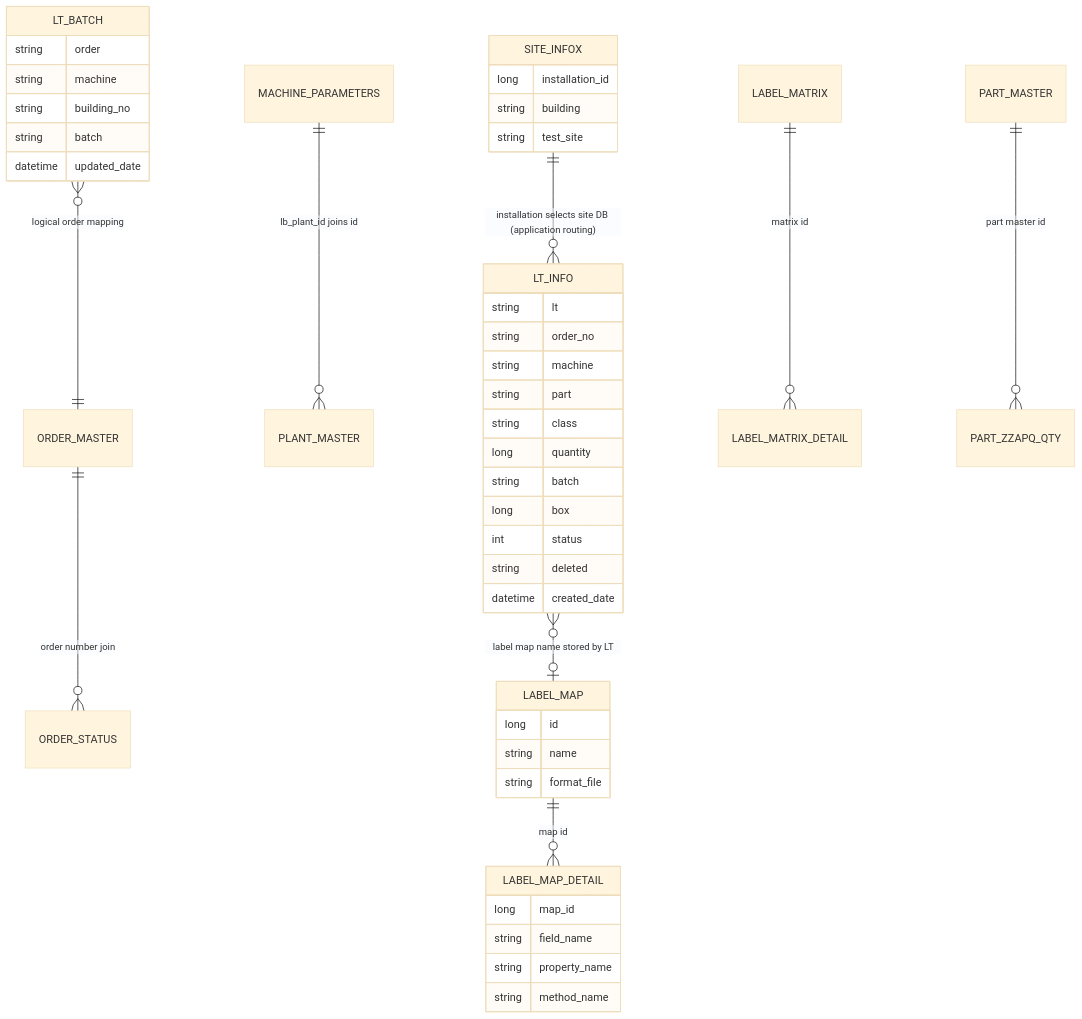
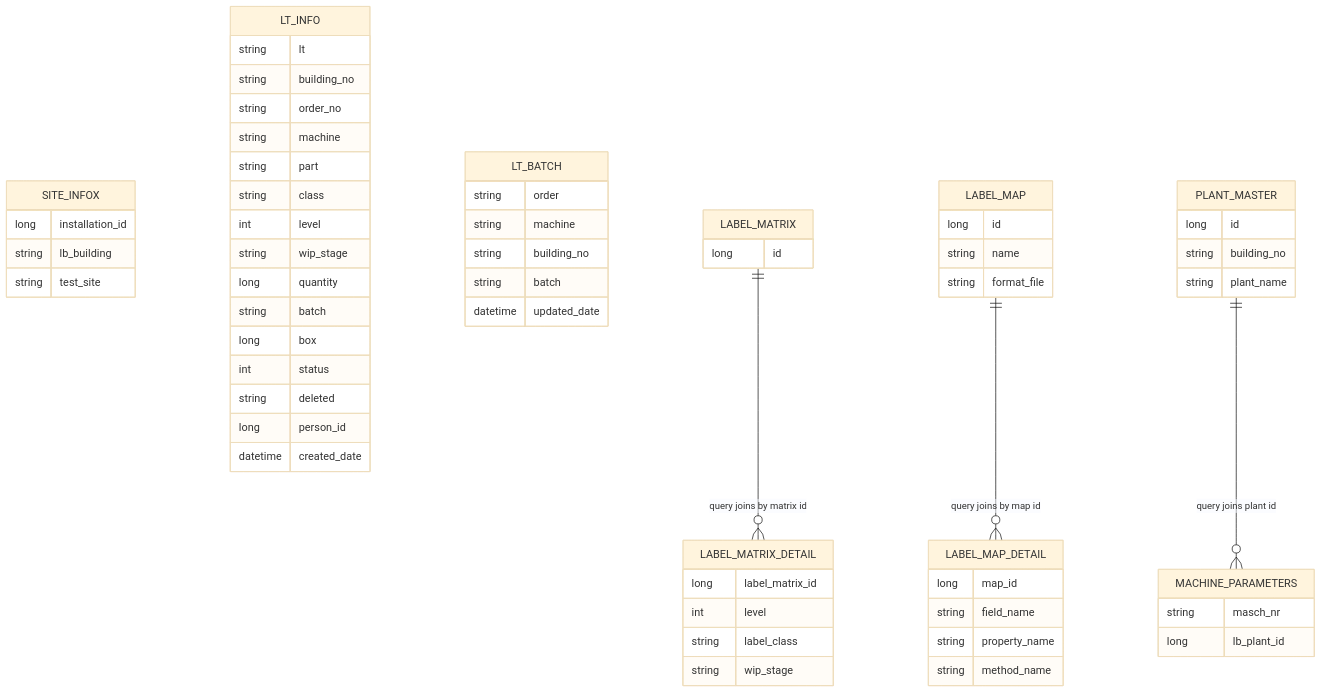
One commit to Raghavendra194/my-courses changed the sixth of 6 diagrams in Architecture-Analysis.md. Above: the diagram before and after it, drawn with Mermaid (base theme). The commit also changed other lines of this file, not shown here.

````diff
--- a/Architecture-Analysis.md
+++ b/Architecture-Analysis.md
@@ -460,48 +537,64 @@
 ```mermaid
 erDiagram
-  SITE_INFOX ||--o{ LT_INFO : "installation selects site DB (application routing)"
-  MACHINE_PARAMETERS ||--o{ PLANT_MASTER : "lb_plant_id joins id"
-  ORDER_MASTER ||--o{ ORDER_STATUS : "order number join"
-  LABEL_MATRIX ||--o{ LABEL_MATRIX_DETAIL : "matrix id"
-  LABEL_MAP ||--o{ LABEL_MAP_DETAIL : "map id"
-  PART_MASTER ||--o{ PART_ZZAPQ_QTY : "part master id"
-  LT_INFO }o--o| LABEL_MAP : "label map name stored by LT"
-  LT_BATCH }o--|| ORDER_MASTER : "logical order mapping"
-
   SITE_INFOX {
     long installation_id
-    string building
+    string lb_building
     string test_site
   }
   LT_INFO {
     string lt
+    string building_no
     string order_no
     string machine
     string part
     string class
+    int level
+    string wip_stage
     long quantity
     string batch
     long box
     int status
     string deleted
+    long person_id
     datetime created_date
   }
   LT_BATCH {
     string order
     string machine
     string building_no
     string batch
     datetime updated_date
+  }
+  LABEL_MATRIX {
+    long id
+  }
+  LABEL_MATRIX_DETAIL {
+    long label_matrix_id
+    int level
+    string label_class
+    string wip_stage
   }
   LABEL_MAP {
     long id
     string name
     string format_file
   }
   LABEL_MAP_DETAIL {
     long map_id
     string field_name
     string property_name
     string method_name
   }
+  PLANT_MASTER {
+    long id
+    string building_no
+    string plant_name
+  }
+  MACHINE_PARAMETERS {
+    string masch_nr
+    long lb_plant_id
+  }
+  LABEL_MATRIX ||--o{ LABEL_MATRIX_DETAIL : "query joins by matrix id"
+  LABEL_MAP ||--o{ LABEL_MAP_DETAIL : "query joins by map id"
+  PLANT_MASTER ||--o{ MACHINE_PARAMETERS : "query joins plant id"
 ```
````
